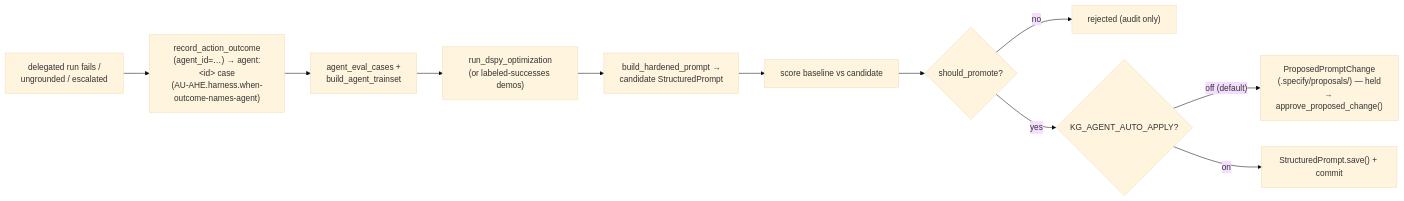
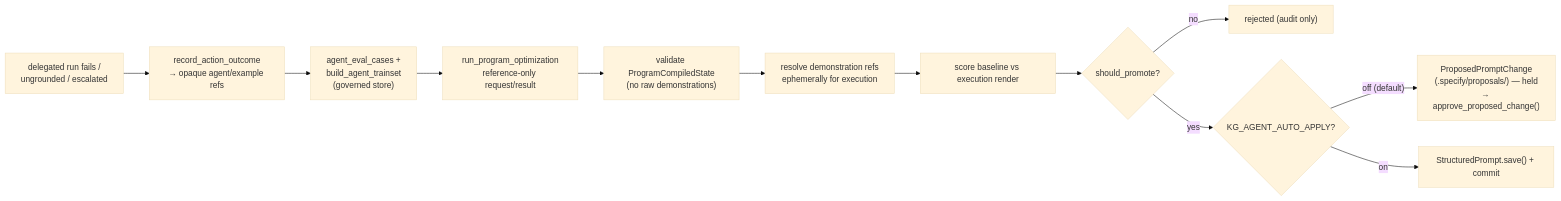
Before and after one commit to Knuckles-Team/agent-utilities: the second of 2 diagrams in docs/architecture/self-evolution-flywheel.md, drawn with Mermaid (base theme). The commit also changed other lines of this file and 3818 other files, not shown here.

````diff
--- a/docs/architecture/self-evolution-flywheel.md
+++ b/docs/architecture/self-evolution-flywheel.md
@@ -280,13 +297,14 @@
 ```mermaid
 flowchart LR
-    fail["delegated run fails /\nungrounded / escalated"] --> outcome["record_action_outcome\n(agent_id=…) → agent:&lt;id&gt; case\n(AU-AHE.harness.when-outcome-names-agent)"]
-    outcome --> attribute["agent_eval_cases +\nbuild_agent_trainset"]
-    attribute --> optimize["run_dspy_optimization\n(or labeled-successes demos)"]
-    optimize --> build["build_hardened_prompt →\ncandidate StructuredPrompt"]
-    build --> eval["score baseline vs candidate"]
+    fail["delegated run fails /\nungrounded / escalated"] --> outcome["record_action_outcome\n→ opaque agent/example refs"]
+    outcome --> attribute["agent_eval_cases +\nbuild_agent_trainset\n(governed store)"]
+    attribute --> optimize["run_program_optimization\nreference-only request/result"]
+    optimize --> build["validate ProgramCompiledState\n(no raw demonstrations)"]
+    build --> resolve["resolve demonstration refs\nephemerally for execution"]
+    resolve --> eval["score baseline vs execution render"]
     eval --> promote{"should_promote?"}
     promote -- "no" --> rejected["rejected (audit only)"]
     promote -- "yes" --> gate{"KG_AGENT_AUTO_APPLY?"}
     gate -- "off (default)" --> proposed["ProposedPromptChange\n(.specify/proposals/) — held\n→ approve_proposed_change()"]
     gate -- "on" --> applied["StructuredPrompt.save() + commit"]
 ```
````
